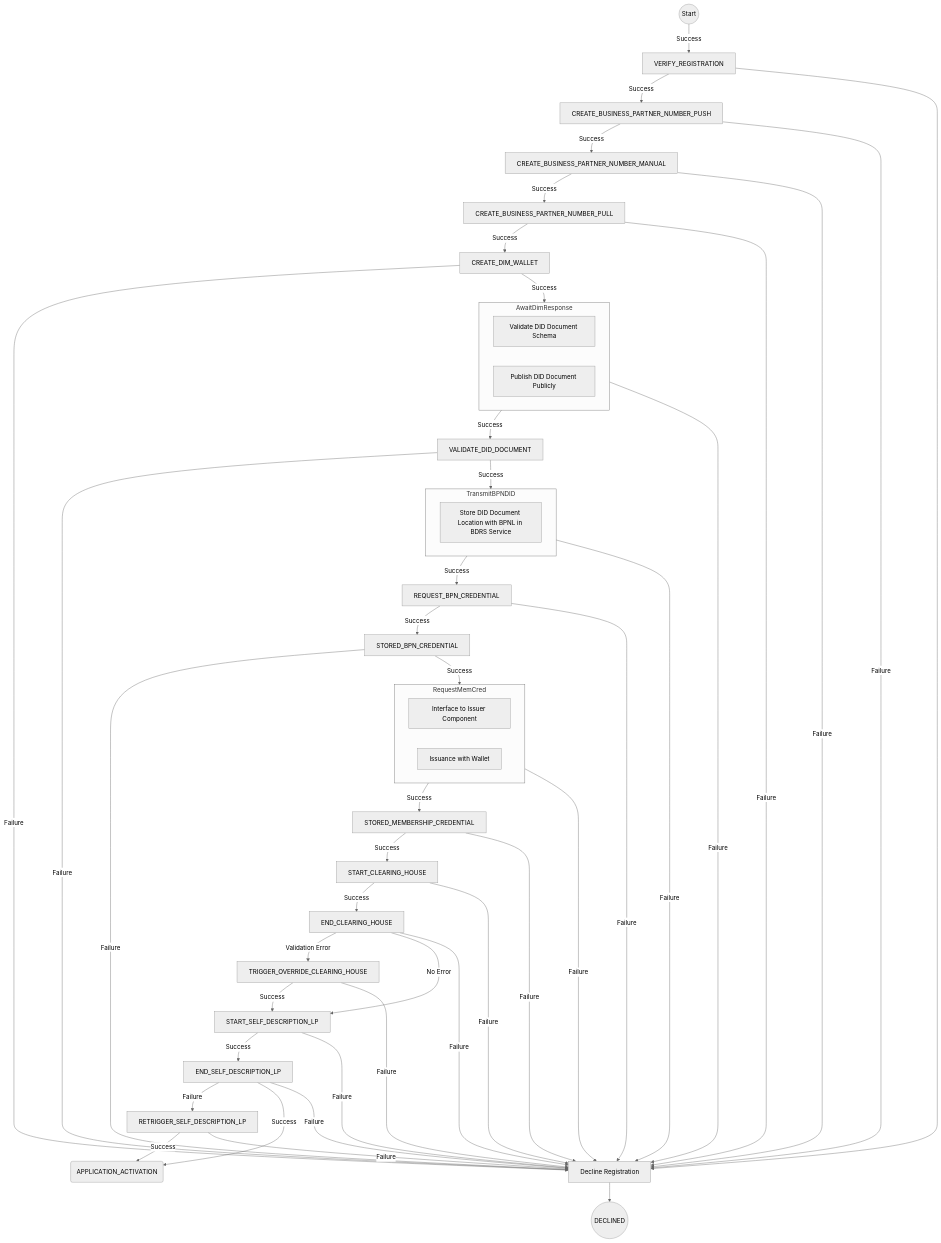
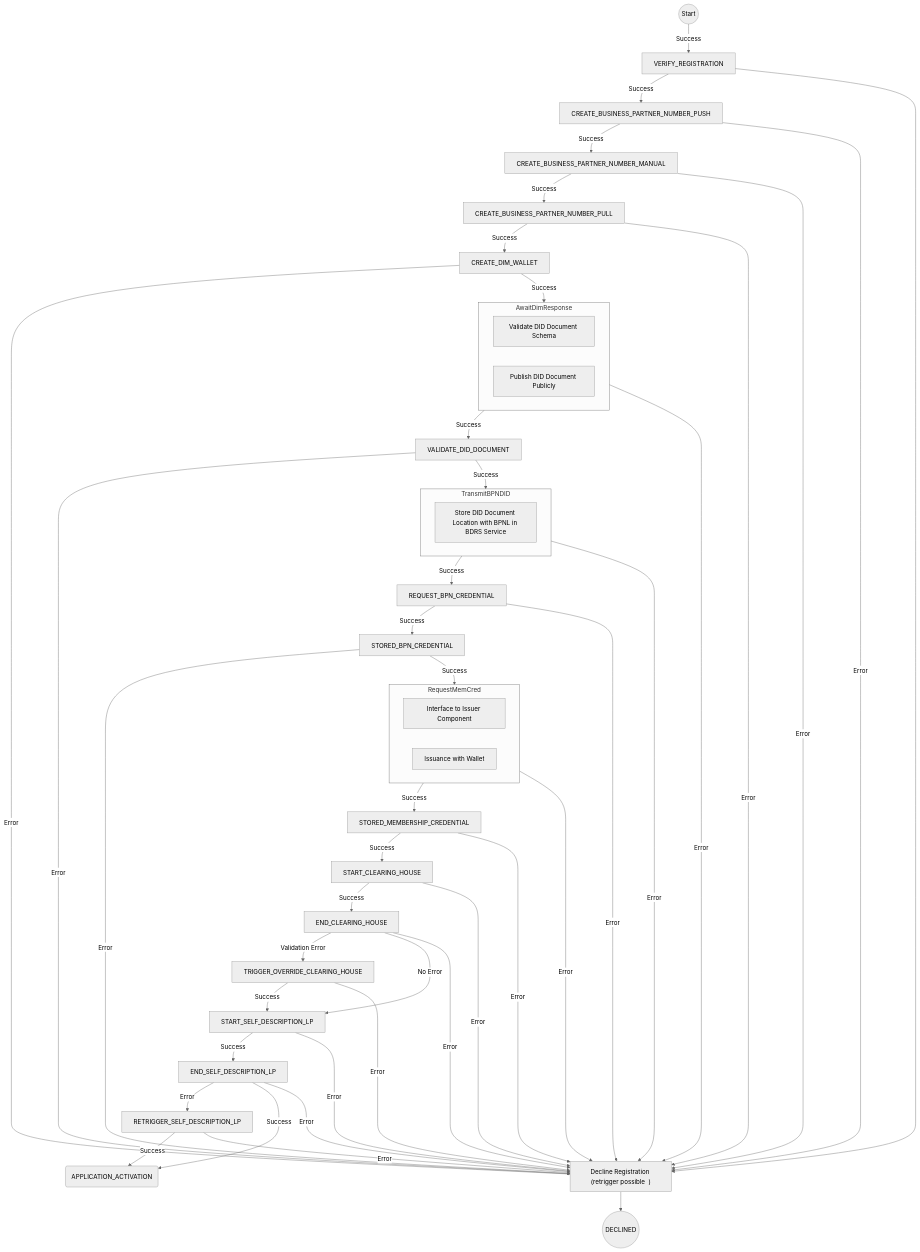
The diagram in docs/developer/01. Registration/01. Registration Process/01. Registration Flow Activity Diagram.md (eclipse-tractusx/portal-assets), drawn with Mermaid (neutral theme) before and after one commit.

Commit message:
docs: replaced failure with error

````diff
--- a/docs/developer/01. Registration/01. Registration Process/01. Registration Flow Activity Diagram.md
+++ b/docs/developer/01. Registration/01. Registration Process/01. Registration Flow Activity Diagram.md
@@ -62,7 +62,7 @@
    
     StartSelfDescLP -->|Success| EndSelfDescLP[END_SELF_DESCRIPTION_LP]
     
-    EndSelfDescLP -->|Failure| RetriggerSelfDescLP[RETRIGGER_SELF_DESCRIPTION_LP]
+    EndSelfDescLP -->|Error| RetriggerSelfDescLP[RETRIGGER_SELF_DESCRIPTION_LP]
 
     EndSelfDescLP -->|Success| Finish(APPLICATION_ACTIVATION)
    
@@ -70,23 +70,23 @@
 
     RetriggerSelfDescLP -->|Success| Finish
 
-    VerifyReg --> DeclineReg[Decline Registration]:::declineProcess --> Declined((DECLINED))
+    VerifyReg --> DeclineReg["Decline Registration (retrigger possible  )"]:::declineProcess --> Declined((DECLINED))
 
-    CreateBPNNPush -->|Failure| DeclineReg
-    CreateBPNNManual -->|Failure| DeclineReg
-    CreateBPNNPull -->|Failure| DeclineReg
-    CreateDimWallet -->|Failure| DeclineReg
-    AwaitDimResponse -->|Failure| DeclineReg
-    ValidateDidDoc -->|Failure| DeclineReg
-    TransmitBPNDID -->|Failure| DeclineReg
-    RequestBPNCred -->|Failure| DeclineReg
-    StoredBPNCred -->|Failure| DeclineReg
-    RequestMemCred -->|Failure| DeclineReg
-    StoredMemCred -->|Failure| DeclineReg
-    StartClearing -->|Failure| DeclineReg
-    EndClearing -->|Failure| DeclineReg
-    StartSelfDescLP -->|Failure| DeclineReg
-    EndSelfDescLP -->|Failure| DeclineReg
-    TriggerOverride -->|Failure| DeclineReg
-    RetriggerSelfDescLP -->|Failure| DeclineReg
+    CreateBPNNPush -->|Error| DeclineReg
+    CreateBPNNManual -->|Error| DeclineReg
+    CreateBPNNPull -->|Error| DeclineReg
+    CreateDimWallet -->|Error| DeclineReg
+    AwaitDimResponse -->|Error| DeclineReg
+    ValidateDidDoc -->|Error| DeclineReg
+    TransmitBPNDID -->|Error| DeclineReg
+    RequestBPNCred -->|Error| DeclineReg
+    StoredBPNCred -->|Error| DeclineReg
+    RequestMemCred -->|Error| DeclineReg
+    StoredMemCred -->|Error| DeclineReg
+    StartClearing -->|Error| DeclineReg
+    EndClearing -->|Error| DeclineReg
+    StartSelfDescLP -->|Error| DeclineReg
+    EndSelfDescLP -->|Error| DeclineReg
+    TriggerOverride -->|Error| DeclineReg
+    RetriggerSelfDescLP -->|Error| DeclineReg
 ```
````
